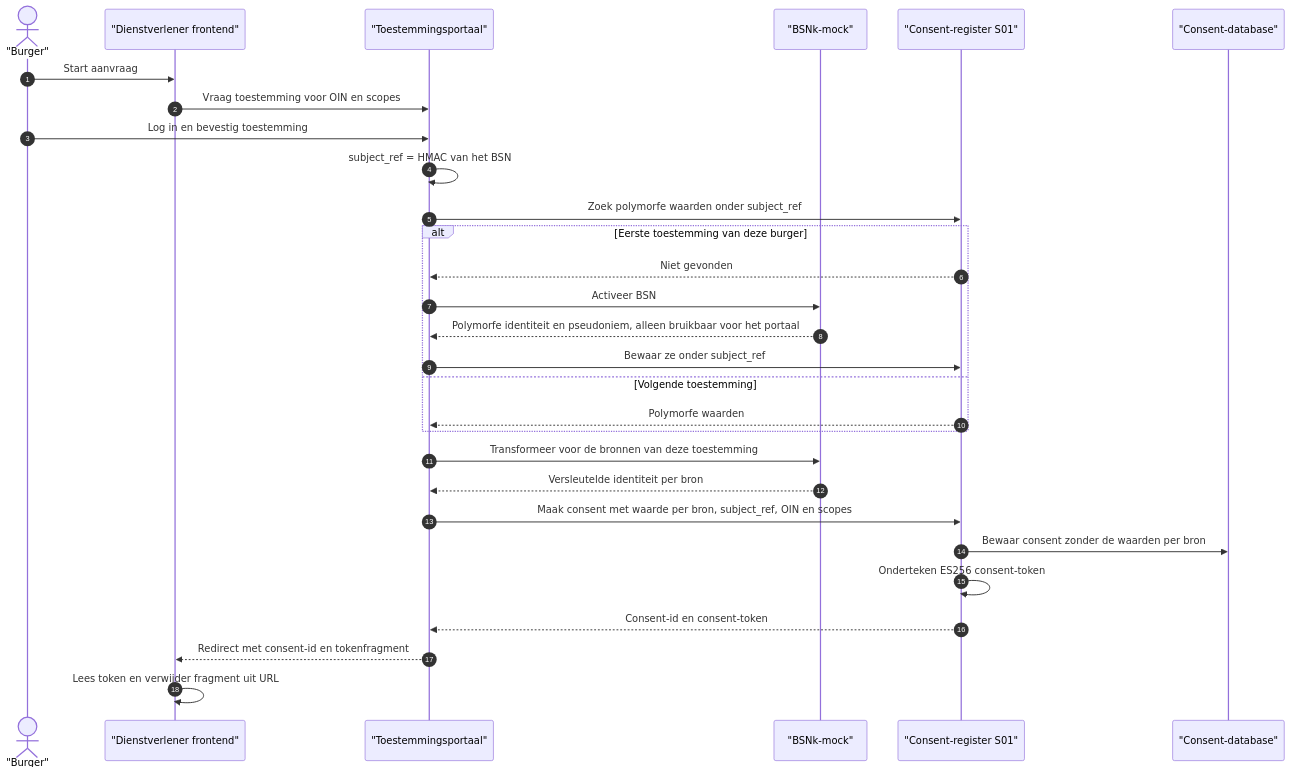
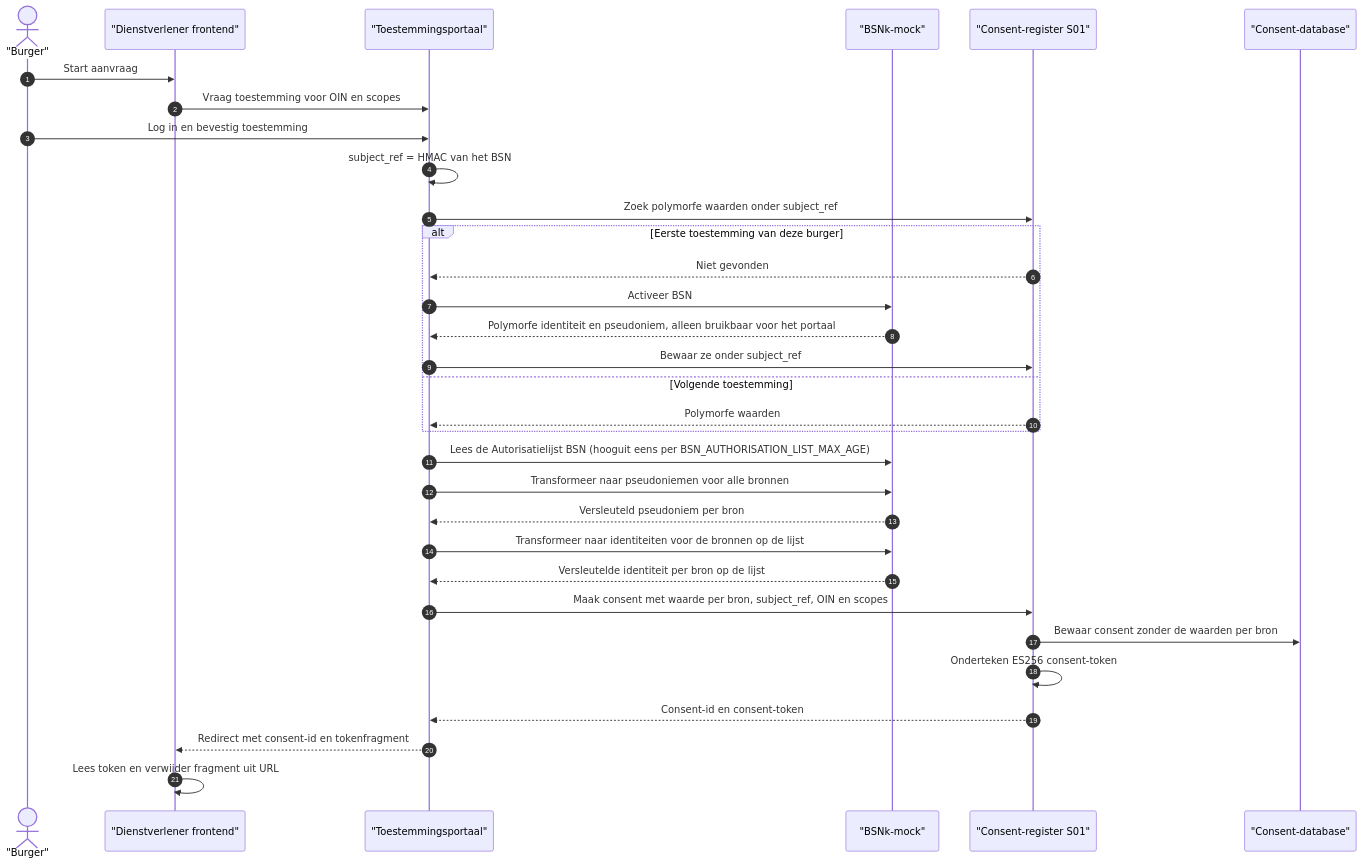
One commit to ICTU/GBO-demo changed the second of 4 diagrams in docs/consent-flow.md. Above: the diagram before and after it, drawn with Mermaid. The commit also changed other lines of this file and 28 other files, not shown here.

````diff
--- a/docs/consent-flow.md
+++ b/docs/consent-flow.md
@@ -72,35 +73,38 @@
 ```mermaid
 sequenceDiagram
     autonumber
     actor Citizen as "Burger"
     participant UI as "Dienstverlener frontend"
     participant Portal as "Toestemmingsportaal"
     participant BSNk as "BSNk-mock"
     participant Register as "Consent-register S01"
     participant DB as "Consent-database"
 
     Citizen->>UI: Start aanvraag
     UI->>Portal: Vraag toestemming voor OIN en scopes
     Citizen->>Portal: Log in en bevestig toestemming
 
     Portal->>Portal: subject_ref = HMAC van het BSN
     Portal->>Register: Zoek polymorfe waarden onder subject_ref
     alt Eerste toestemming van deze burger
         Register-->>Portal: Niet gevonden
         Portal->>BSNk: Activeer BSN
         BSNk-->>Portal: Polymorfe identiteit en pseudoniem, alleen bruikbaar voor het portaal
         Portal->>Register: Bewaar ze onder subject_ref
     else Volgende toestemming
         Register-->>Portal: Polymorfe waarden
     end
-    Portal->>BSNk: Transformeer voor de bronnen van deze toestemming
-    BSNk-->>Portal: Versleutelde identiteit per bron
+    Portal->>BSNk: Lees de Autorisatielijst BSN (hooguit eens per BSN_AUTHORISATION_LIST_MAX_AGE)
+    Portal->>BSNk: Transformeer naar pseudoniemen voor alle bronnen
+    BSNk-->>Portal: Versleuteld pseudoniem per bron
+    Portal->>BSNk: Transformeer naar identiteiten voor de bronnen op de lijst
+    BSNk-->>Portal: Versleutelde identiteit per bron op de lijst
 
     Portal->>Register: Maak consent met waarde per bron, subject_ref, OIN en scopes
     Register->>DB: Bewaar consent zonder de waarden per bron
     Register->>Register: Onderteken ES256 consent-token
     Register-->>Portal: Consent-id en consent-token
 
     Portal-->>UI: Redirect met consent-id en tokenfragment
     UI->>UI: Lees token en verwijder fragment uit URL
 ```
````
